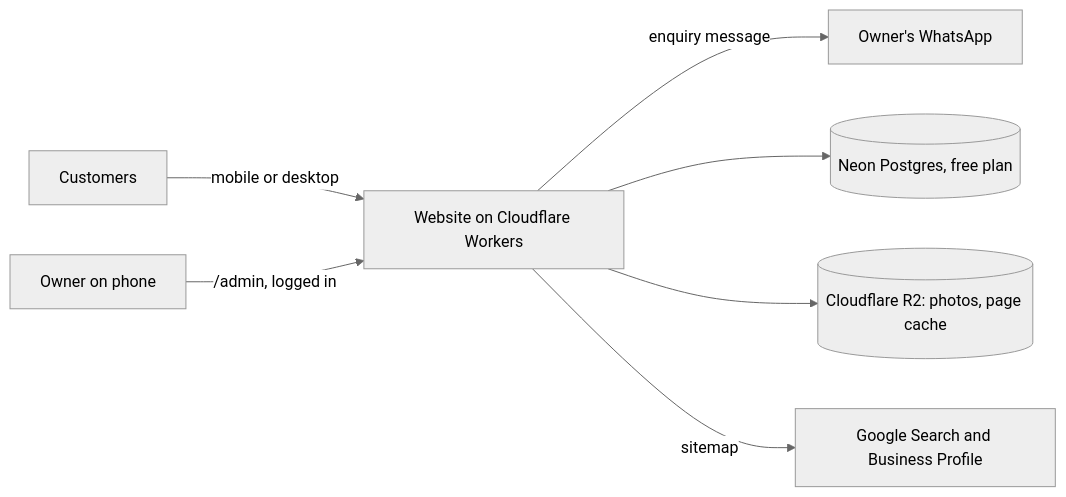
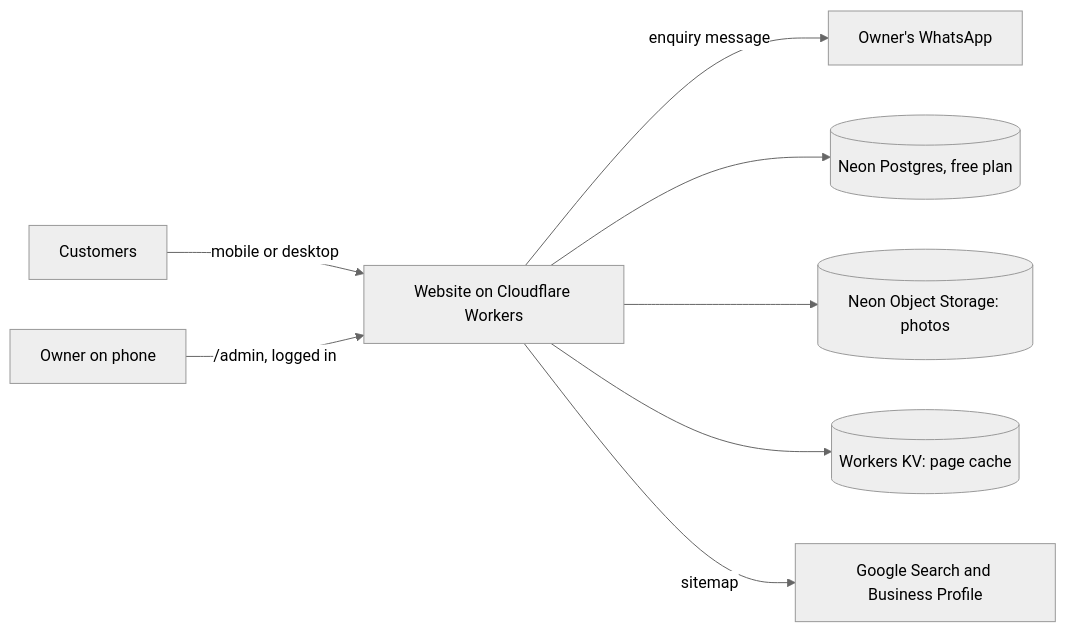
One commit to shubhamdsk/shree-balaji-paints-plywood-hardware changed the first of 3 diagrams in docs/ARCHITECTURE.md. Above: the diagram before and after it, drawn with Mermaid (neutral theme). The commit also changed other lines of this file and 13 other files, not shown here.

First line of the commit message:
feat: keep photos in Neon Object Storage and the page cache in Workers KV

````diff
--- a/docs/ARCHITECTURE.md
+++ b/docs/ARCHITECTURE.md
@@ -27,9 +27,10 @@
 ```mermaid
 flowchart LR
   Customers[Customers] -->|mobile or desktop| Site[Website on Cloudflare Workers]
   Site -->|enquiry message| WhatsApp[Owner's WhatsApp]
   Owner[Owner on phone] -->|/admin, logged in| Site
   Site --> DB[(Neon Postgres, free plan)]
-  Site --> R2[(Cloudflare R2: photos, page cache)]
+  Site --> Storage[(Neon Object Storage: photos)]
+  Site --> KV[(Workers KV: page cache)]
   Site -->|sitemap| Google[Google Search and Business Profile]
 ```
````
